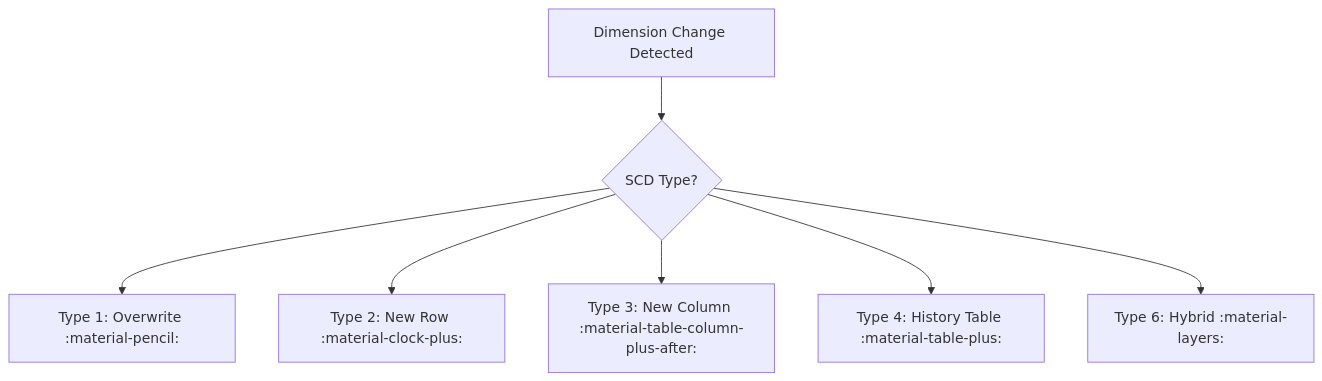
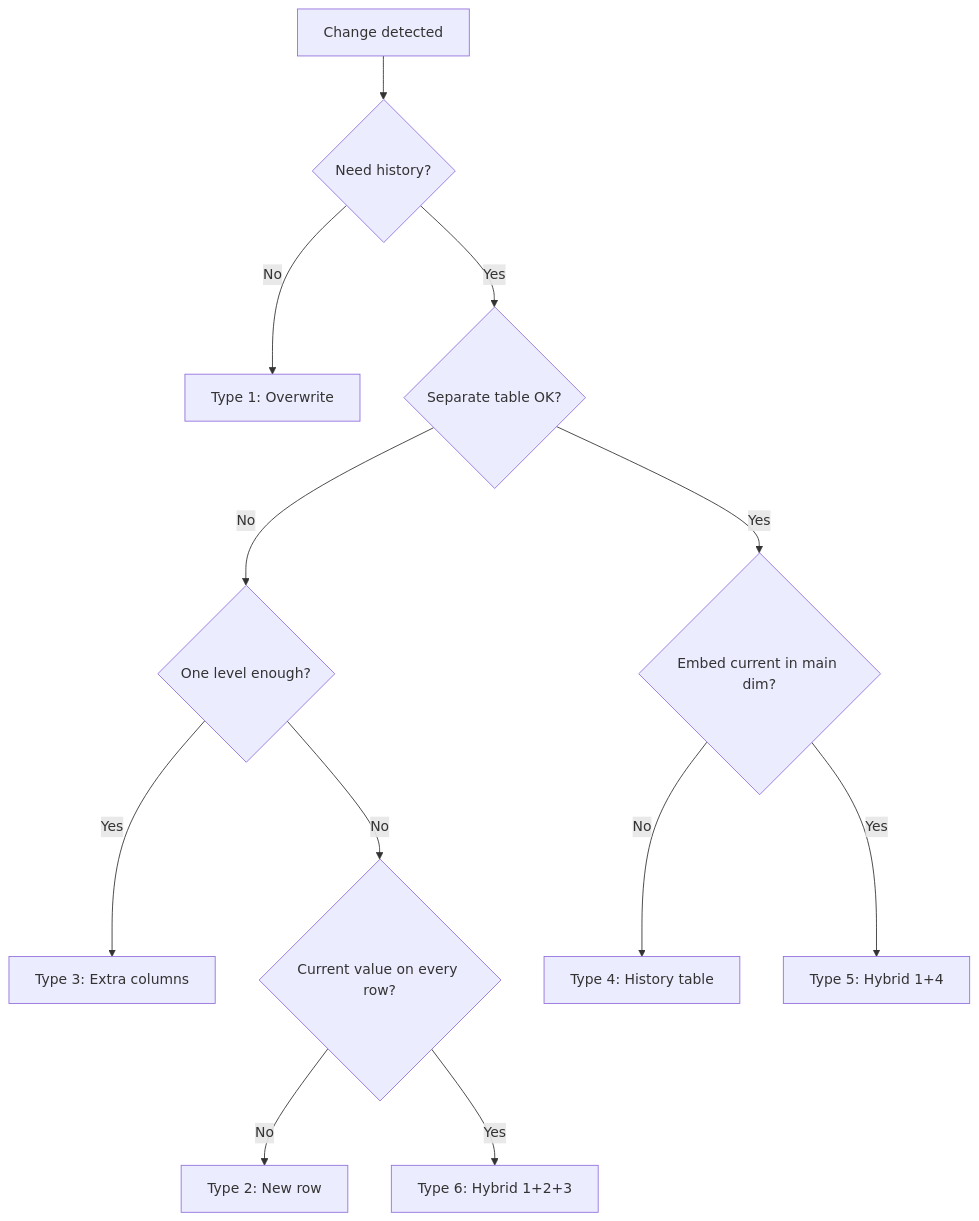
Before and after one commit to mahfooziiitian/spark-batch: the diagram in spark-sql/docs/scd/index.md, drawn with Mermaid. The commit also changed other lines of this file and 223 other files, not shown here.

````diff
--- a/spark-sql/docs/scd/index.md
+++ b/spark-sql/docs/scd/index.md
@@ -8,9 +46,14 @@
 ```mermaid
 graph TD
-    A["Dimension Change Detected"] --> B{SCD Type?}
-    B --> C["Type 1: Overwrite :material-pencil:"]
-    B --> D["Type 2: New Row :material-clock-plus:"]
-    B --> E["Type 3: New Column :material-table-column-plus-after:"]
-    B --> F["Type 4: History Table :material-table-plus:"]
-    B --> G["Type 6: Hybrid :material-layers:"]
+    A[Change detected] --> B{Need history?}
+    B -- No --> C[Type 1: Overwrite]
+    B -- Yes --> D{Separate table OK?}
+    D -- No --> E{One level enough?}
+    E -- Yes --> F[Type 3: Extra columns]
+    E -- No --> G{Current value on every row?}
+    G -- No  --> H[Type 2: New row]
+    G -- Yes --> I[Type 6: Hybrid 1+2+3]
+    D -- Yes --> J{Embed current in main dim?}
+    J -- No  --> K[Type 4: History table]
+    J -- Yes --> L[Type 5: Hybrid 1+4]
 ```
````
